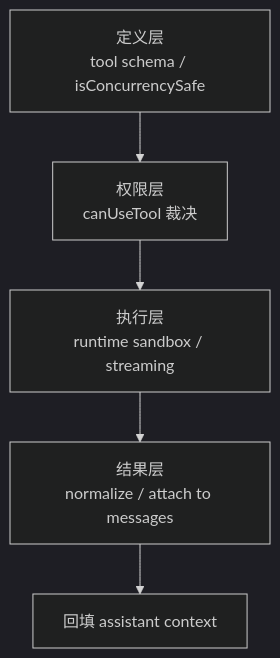
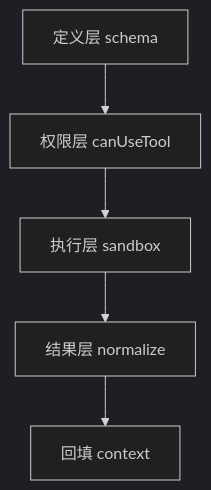
One commit to betaHi/betaHi.github.io changed the diagram in claude-code-architecture/22-tool-system-and-execution-boundaries.md. Above: the diagram before and after it, drawn with Mermaid (dark theme). The commit also changed 12 other files, not shown here.

First line of the commit message:
Prevent mermaid clipping by shortening dense node labels

````diff
--- a/claude-code-architecture/22-tool-system-and-execution-boundaries.md
+++ b/claude-code-architecture/22-tool-system-and-execution-boundaries.md
@@ -26,7 +26,7 @@
 ```mermaid
 flowchart TD
-    A[定义层<br/>tool schema / isConcurrencySafe] --> B[权限层<br/>canUseTool 裁决]
-    B --> C[执行层<br/>runtime sandbox / streaming]
-    C --> D[结果层<br/>normalize / attach to messages]
-    D --> E[回填 assistant context]
+    A[定义层 schema] --> B[权限层 canUseTool]
+    B --> C[执行层 sandbox]
+    C --> D[结果层 normalize]
+    D --> E[回填 context]
 ```
````
